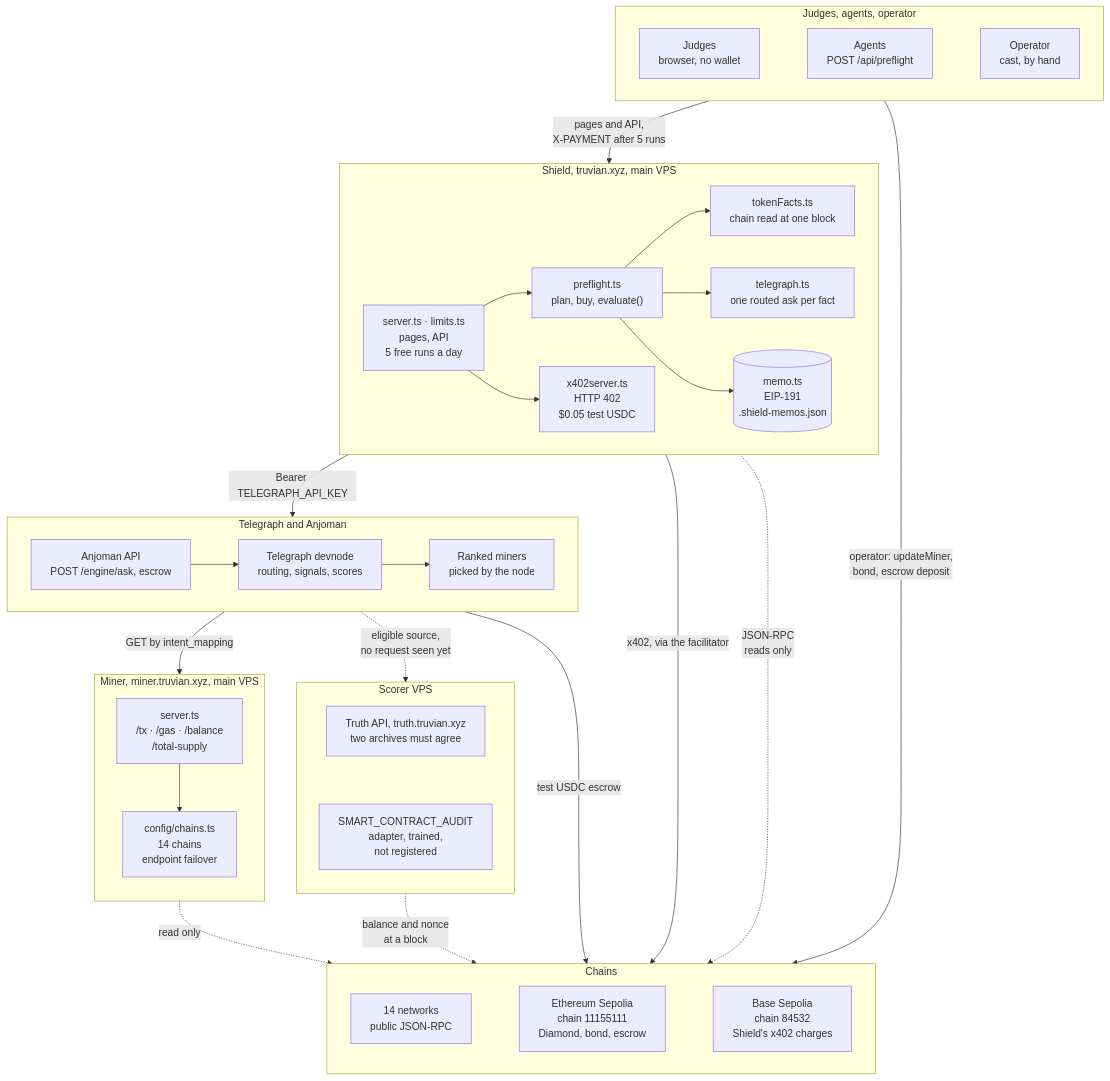
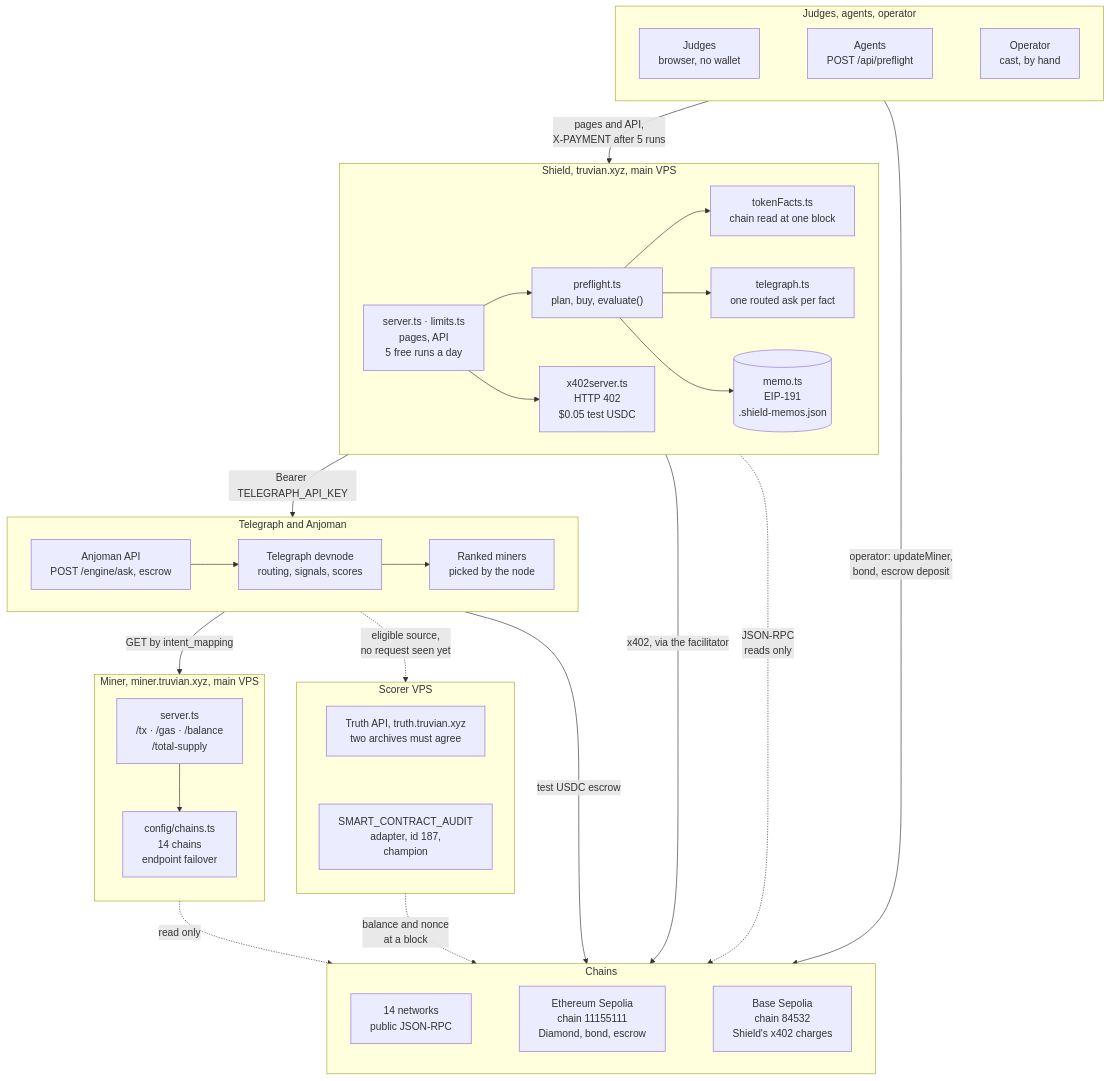
The first of 7 diagrams in README.md (mrnetwork0001/Truvian), drawn with Mermaid before and after one commit. The commit also changed other lines of this file and 1 other file, not shown here.

First line of the commit message:
README: the SMART_CONTRACT_AUDIT adapter is the intent's first Canonical

````diff
--- a/README.md
+++ b/README.md
@@ -105,63 +105,63 @@
 ```mermaid
 flowchart TB
   subgraph People["Judges, agents, operator"]
     direction LR
     JUDGE["Judges<br/>browser, no wallet"]
     AGENT["Agents<br/>POST /api/preflight"]
     OPER["Operator<br/>cast, by hand"]
     JUDGE ~~~ AGENT ~~~ OPER
   end
 
   subgraph Shield["Shield, truvian.xyz, main VPS"]
     direction LR
     API["server.ts · limits.ts<br/>pages, API<br/>5 free runs a day"]
     PRE["preflight.ts<br/>plan, buy, evaluate()"]
     X402["x402server.ts<br/>HTTP 402<br/>$0.05 test USDC"]
     FACTS["tokenFacts.ts<br/>chain read at one block"]
     TG["telegraph.ts<br/>one routed ask per fact"]
     MEMO[("memo.ts<br/>EIP-191<br/>.shield-memos.json")]
     API --> PRE & X402
     PRE --> FACTS & TG & MEMO
   end
 
   subgraph Telegraph["Telegraph and Anjoman"]
     direction LR
     ANJ["Anjoman API<br/>POST /engine/ask, escrow"]
     NODE["Telegraph devnode<br/>routing, signals, scores"]
     RANKED["Ranked miners<br/>picked by the node"]
     ANJ --> NODE --> RANKED
   end
 
   subgraph Miner["Miner, miner.truvian.xyz, main VPS"]
     direction TB
     ROUTES["server.ts<br/>/tx · /gas · /balance<br/>/total-supply"]
     REG["config/chains.ts<br/>14 chains<br/>endpoint failover"]
     ROUTES --> REG
   end
 
   subgraph Scorer["Scorer VPS"]
     direction TB
     TRUTH["Truth API, truth.truvian.xyz<br/>two archives must agree"]
-    ADAPT["SMART_CONTRACT_AUDIT<br/>adapter, trained,<br/>not registered"]
+    ADAPT["SMART_CONTRACT_AUDIT<br/>adapter, id 187,<br/>champion"]
     TRUTH ~~~ ADAPT
   end
 
   subgraph Chains["Chains"]
     direction LR
     MAIN["14 networks<br/>public JSON-RPC"]
     SEP["Ethereum Sepolia<br/>chain 11155111<br/>Diamond, bond, escrow"]
     BSEP["Base Sepolia<br/>chain 84532<br/>Shield's x402 charges"]
     MAIN ~~~ SEP ~~~ BSEP
   end
 
   People -- "pages and API,<br/>X-PAYMENT after 5 runs" --> Shield
   Shield -- "Bearer TELEGRAPH_API_KEY" --> Telegraph
   Telegraph -- "GET by intent_mapping" --> Miner
   Telegraph -. "eligible source,<br/>no request seen yet" .-> Scorer
   Miner -. "read only" .-> Chains
   Scorer -. "balance and nonce<br/>at a block" .-> Chains
   Telegraph -- "test USDC escrow" --> Chains
   Shield -- "x402, via the facilitator" --> Chains
   People -- "operator: updateMiner,<br/>bond, escrow deposit" --> Chains
   Shield -. "JSON-RPC<br/>reads only" .-> Chains
 ```
````
